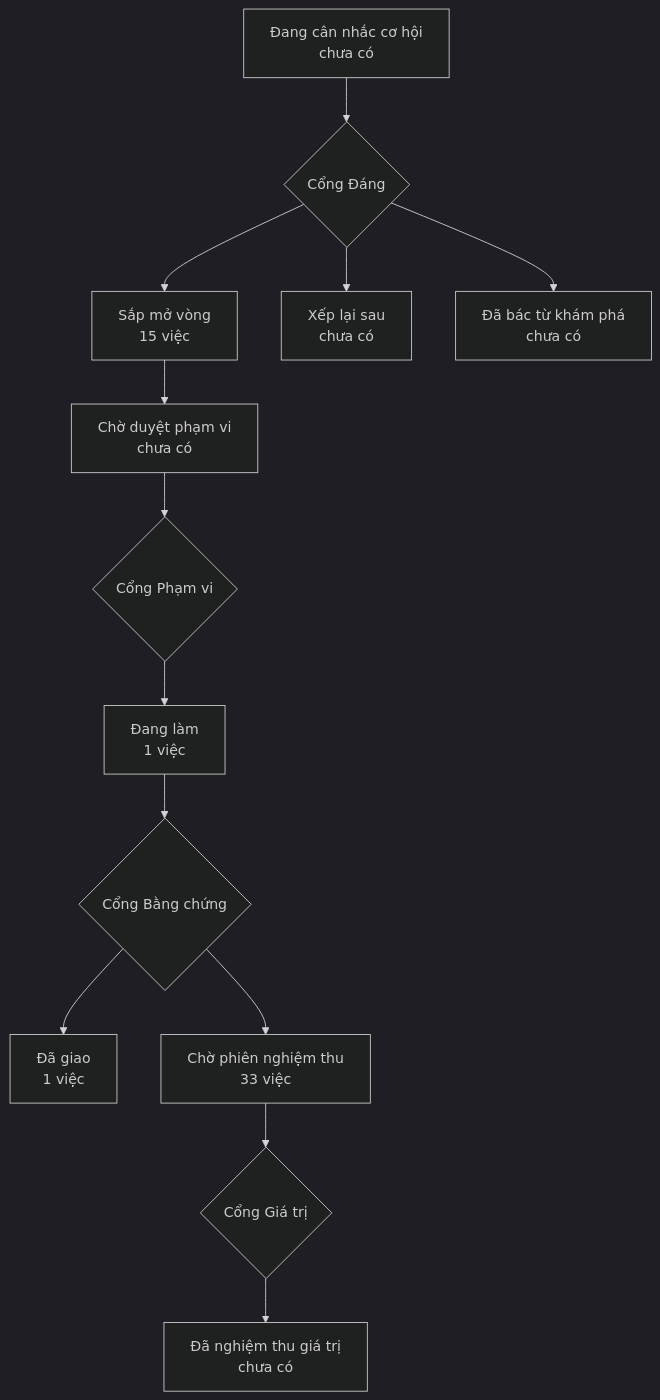
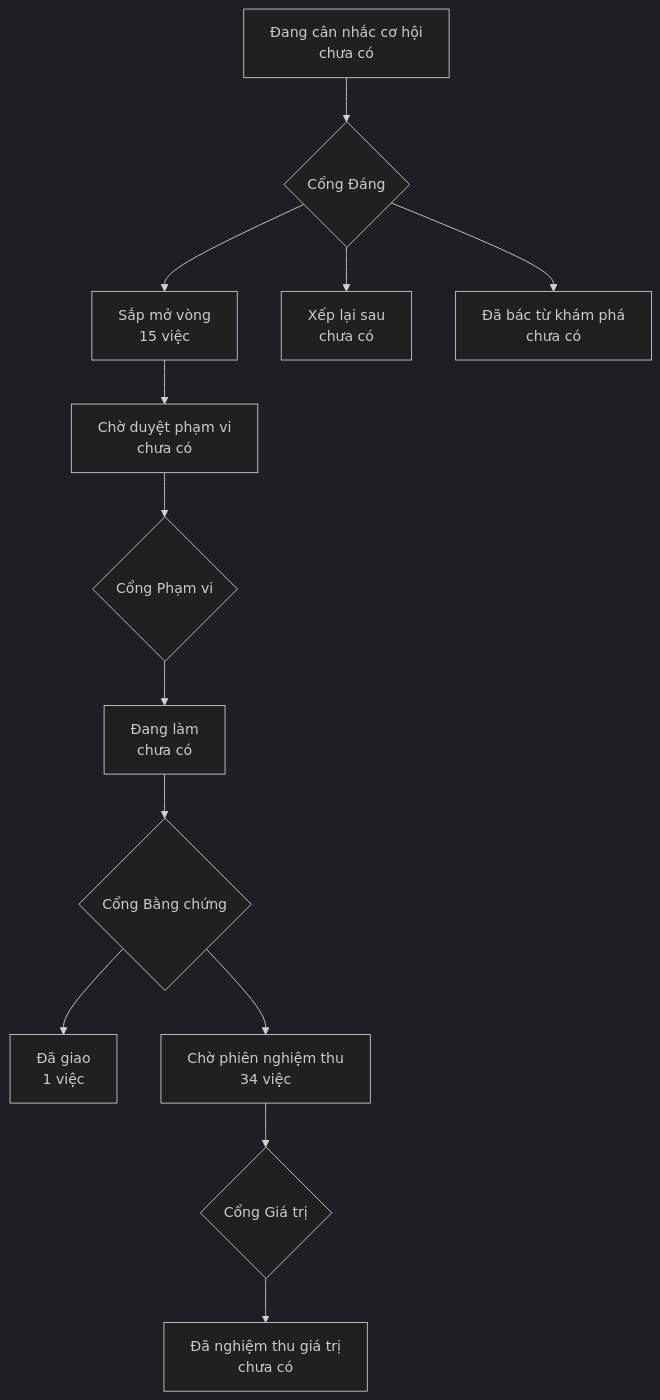
The diagram in PRODUCT-MAP.md (phanlemanh/onehub-inventory), drawn with Mermaid (dark theme) before and after one commit. The commit also changed other lines of this file and 4 other files, not shown here.

````diff
--- a/PRODUCT-MAP.md
+++ b/PRODUCT-MAP.md
@@ -7,12 +7,12 @@
 ```mermaid
 flowchart TD
   A["Đang cân nhắc cơ hội<br/>chưa có"] --> GD{"Cổng Đáng"}
   GD --> B["Sắp mở vòng<br/>15 việc"]
   GD --> XL["Xếp lại sau<br/>chưa có"]
   GD --> DB["Đã bác từ khám phá<br/>chưa có"]
   B --> CD["Chờ duyệt phạm vi<br/>chưa có"] --> GP{"Cổng Phạm vi"}
-  GP --> DL["Đang làm<br/>1 việc"] --> GB{"Cổng Bằng chứng"}
+  GP --> DL["Đang làm<br/>chưa có"] --> GB{"Cổng Bằng chứng"}
   GB --> DG["Đã giao<br/>1 việc"]
-  GB --> CN["Chờ phiên nghiệm thu<br/>33 việc"] --> GG{"Cổng Giá trị"}
+  GB --> CN["Chờ phiên nghiệm thu<br/>34 việc"] --> GG{"Cổng Giá trị"}
   GG --> NT["Đã nghiệm thu giá trị<br/>chưa có"]
 ```
````
